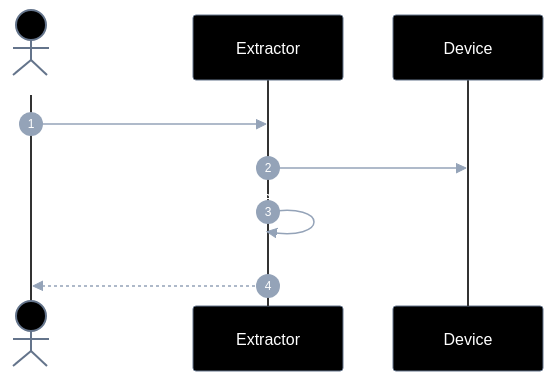
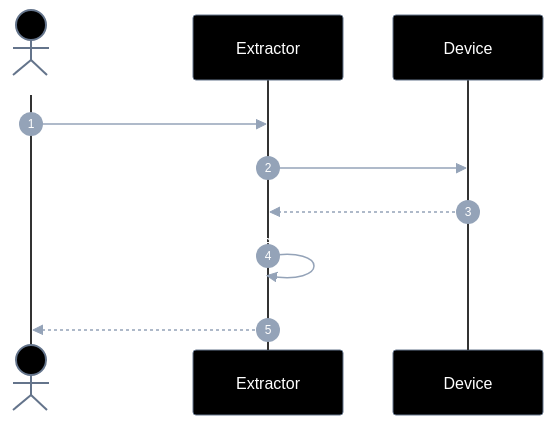
One commit to laerciogermano/workstation changed the second of 5 diagrams in connectmax/screen-robot/epics/EP-05-extrair-elementos/5.implementation-plan.md. Above: the diagram before and after it, drawn with Mermaid. The commit also changed other lines of this file and 5 other files, not shown here.

Commit message:
Completa retornos faltantes em todos os diagramas de sequência dos planos.

````diff
--- a/connectmax/screen-robot/epics/EP-05-extrair-elementos/5.implementation-plan.md
+++ b/connectmax/screen-robot/epics/EP-05-extrair-elementos/5.implementation-plan.md
@@ -132,53 +132,54 @@
 ```mermaid
 ---
 config:
   theme: base
   themeVariables:
     darkMode: true
     background: '#000000'
     primaryColor: '#000000'
     primaryTextColor: '#ffffff'
     primaryBorderColor: '#64748b'
     secondaryColor: '#000000'
     secondaryTextColor: '#ffffff'
     secondaryBorderColor: '#64748b'
     tertiaryColor: '#000000'
     tertiaryTextColor: '#ffffff'
     tertiaryBorderColor: '#64748b'
     lineColor: '#64748b'
     textColor: '#ffffff'
     mainBkg: '#000000'
     nodeBorder: '#64748b'
     clusterBkg: '#000000'
     clusterBorder: '#333333'
     titleColor: '#ffffff'
     edgeLabelBackground: '#000000'
     actorBkg: '#000000'
     actorBorder: '#64748b'
     actorTextColor: '#ffffff'
     actorLineColor: '#333333'
     signalColor: '#94a3b8'
     signalTextColor: '#ffffff'
     labelBoxBkgColor: '#000000'
     labelBoxBorderColor: '#64748b'
     labelTextColor: '#ffffff'
     loopTextColor: '#ffffff'
     noteBorderColor: '#64748b'
     noteBkgColor: '#111111'
     noteTextColor: '#ffffff'
     activationBorderColor: '#64748b'
     activationBkgColor: '#1a1a1a'
     sequenceNumberColor: '#ffffff'
     classText: '#ffffff'
 ---
 sequenceDiagram
   autonumber
   actor Dev as Caller
   participant X as Extractor
   participant D as Device
 
   Dev->>X: extractIcons(serial|tree)
   X->>D: dump / frame
+  D-->>X: xml|frame
   X->>X: filtrar ImageView / icon nodes
   X-->>Dev: tree kind=icon
 ```
````
